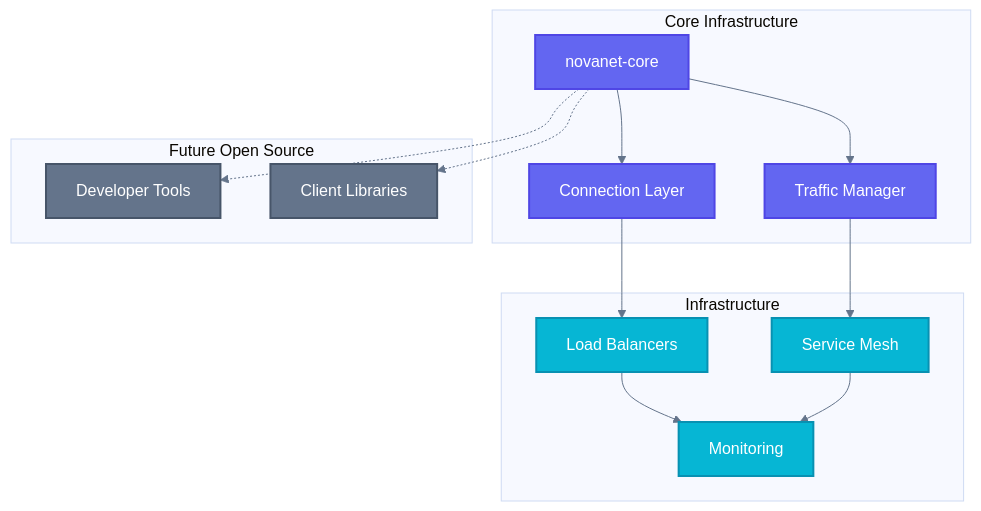
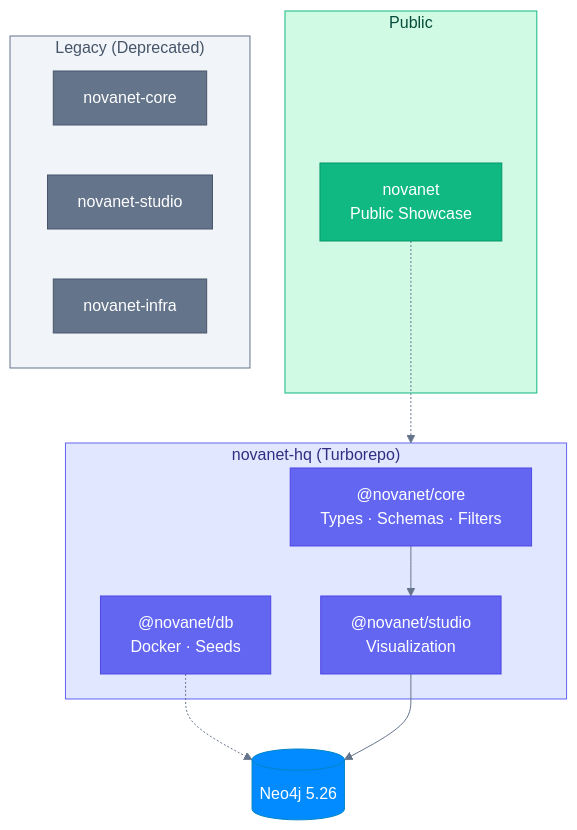
Before and after one commit to supernovae-st/novanet: the diagram in ECOSYSTEM.md, drawn with Mermaid. The commit also changed other lines of this file and 2 other files, not shown here.

First line of the commit message:
docs: complete rewrite aligned with novanet-hq

````diff
--- a/ECOSYSTEM.md
+++ b/ECOSYSTEM.md
@@ -9,36 +9,40 @@
 ```mermaid
 %%{init: {'theme': 'base', 'themeVariables': {'lineColor': '#64748b'}}}%%
 flowchart TB
-    accTitle: NovaNET Ecosystem Relationships
-    accDescr: Diagram showing the relationship between core repositories, infrastructure components, and future open source contributions in the NovaNET ecosystem
-
-    classDef core fill:#6366f1,stroke:#4f46e5,stroke-width:2px,color:#ffffff
-    classDef infra fill:#06b6d4,stroke:#0891b2,stroke-width:2px,color:#ffffff
-    classDef future fill:#64748b,stroke:#475569,stroke-width:2px,color:#ffffff
-
-    subgraph Core["Core Infrastructure"]
-        A[novanet-core]:::core
-        B[Connection Layer]:::core
-        C[Traffic Manager]:::core
+    subgraph PUBLIC["Public"]
+        NOVANET[novanet<br/>Public Showcase]
     end
 
-    subgraph Infra["Infrastructure"]
-        D[Load Balancers]:::infra
-        E[Service Mesh]:::infra
-        F[Monitoring]:::infra
+    subgraph MONOREPO["novanet-hq (Turborepo)"]
+        CORE["@novanet/core<br/>Types · Schemas · Filters"]
+        DB["@novanet/db<br/>Docker · Seeds"]
+        STUDIO["@novanet/studio<br/>Visualization"]
     end
 
-    subgraph Future["Future Open Source"]
-        G[Developer Tools]:::future
-        H[Client Libraries]:::future
+    subgraph LEGACY["Legacy (Deprecated)"]
+        CORE_OLD[novanet-core]
+        STUDIO_OLD[novanet-studio]
+        INFRA_OLD[novanet-infra]
     end
 
-    A --> B
-    A --> C
-    B --> D
-    C --> E
-    D --> F
-    E --> F
-    A -.-> G
-    A -.-> H
+    NEO4J[("Neo4j 5.26")]
+
+    NOVANET -.-> MONOREPO
+    CORE --> STUDIO
+    DB -.-> NEO4J
+    STUDIO --> NEO4J
+
+    classDef public fill:#10b981,stroke:#059669,color:#fff
+    classDef mono fill:#6366f1,stroke:#4f46e5,color:#fff
+    classDef legacy fill:#64748b,stroke:#475569,color:#fff
+    classDef db fill:#018bff,stroke:#0284c7,color:#fff
+
+    class NOVANET public
+    class CORE,DB,STUDIO mono
+    class CORE_OLD,STUDIO_OLD,INFRA_OLD legacy
+    class NEO4J db
+
+    style PUBLIC fill:#d1fae5,stroke:#10b981,color:#064e3b
+    style MONOREPO fill:#e0e7ff,stroke:#6366f1,color:#312e81
+    style LEGACY fill:#f1f5f9,stroke:#64748b,color:#475569
 ```
````
